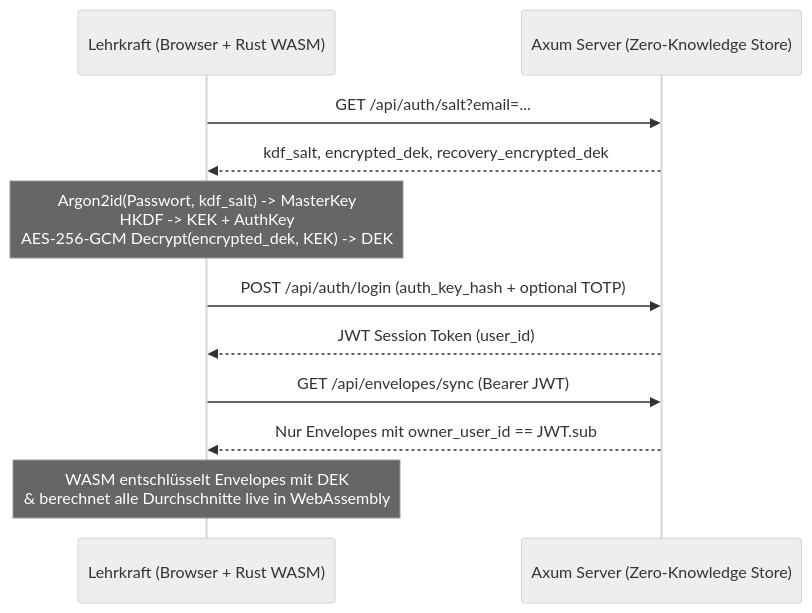
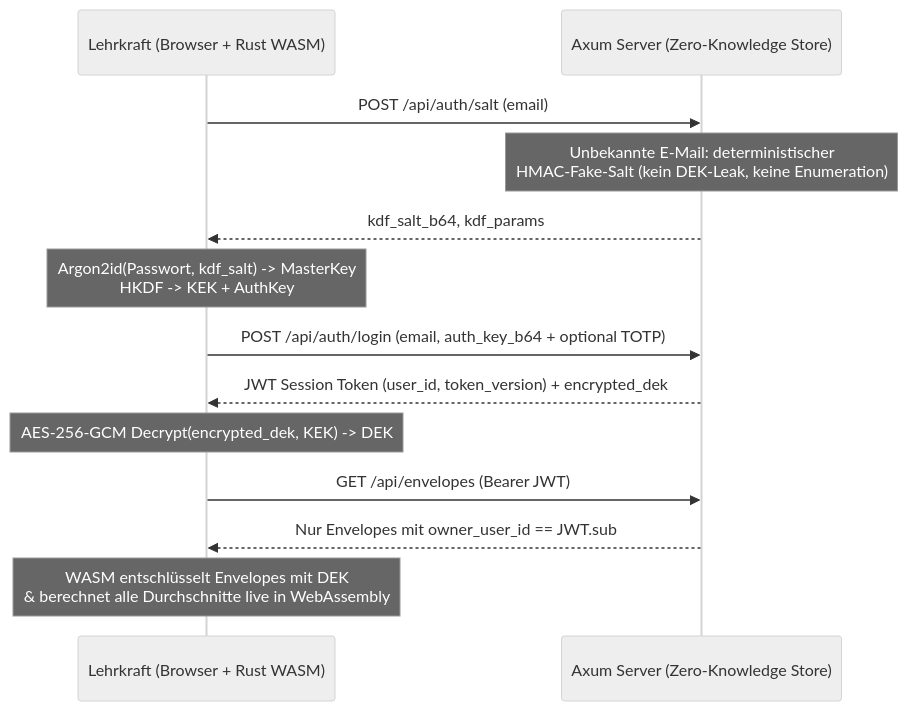
The diagram in docs/ARCHITECTURE_AND_REVIEW_GUIDE.md (gradus21/gradus21), drawn with Mermaid (neutral theme) before and after one commit. The commit also changed other lines of this file and 3 other files, not shown here.

Commit message:
docs(security): align schema DDL, sanitize backup errors, and resolve doc drift (#51, #57)

````diff
--- a/docs/ARCHITECTURE_AND_REVIEW_GUIDE.md
+++ b/docs/ARCHITECTURE_AND_REVIEW_GUIDE.md
@@ -16,14 +16,16 @@
 ```mermaid
 sequenceDiagram
     participant Teacher as Lehrkraft (Browser + Rust WASM)
     participant Server as Axum Server (Zero-Knowledge Store)
 
-    Teacher->>Server: GET /api/auth/salt?email=...
-    Server-->>Teacher: kdf_salt, encrypted_dek, recovery_encrypted_dek
-    Note over Teacher: Argon2id(Passwort, kdf_salt) -> MasterKey<br/>HKDF -> KEK + AuthKey<br/>AES-256-GCM Decrypt(encrypted_dek, KEK) -> DEK
-    Teacher->>Server: POST /api/auth/login (auth_key_hash + optional TOTP)
-    Server-->>Teacher: JWT Session Token (user_id)
-    Teacher->>Server: GET /api/envelopes/sync (Bearer JWT)
+    Teacher->>Server: POST /api/auth/salt (email)
+    Note over Server: Unbekannte E-Mail: deterministischer<br/>HMAC-Fake-Salt (kein DEK-Leak, keine Enumeration)
+    Server-->>Teacher: kdf_salt_b64, kdf_params
+    Note over Teacher: Argon2id(Passwort, kdf_salt) -> MasterKey<br/>HKDF -> KEK + AuthKey
+    Teacher->>Server: POST /api/auth/login (email, auth_key_b64 + optional TOTP)
+    Server-->>Teacher: JWT Session Token (user_id, token_version) + encrypted_dek
+    Note over Teacher: AES-256-GCM Decrypt(encrypted_dek, KEK) -> DEK
+    Teacher->>Server: GET /api/envelopes (Bearer JWT)
     Server-->>Teacher: Nur Envelopes mit owner_user_id == JWT.sub
     Note over Teacher: WASM entschlüsselt Envelopes mit DEK<br/>& berechnet alle Durchschnitte live in WebAssembly
 ```
````
